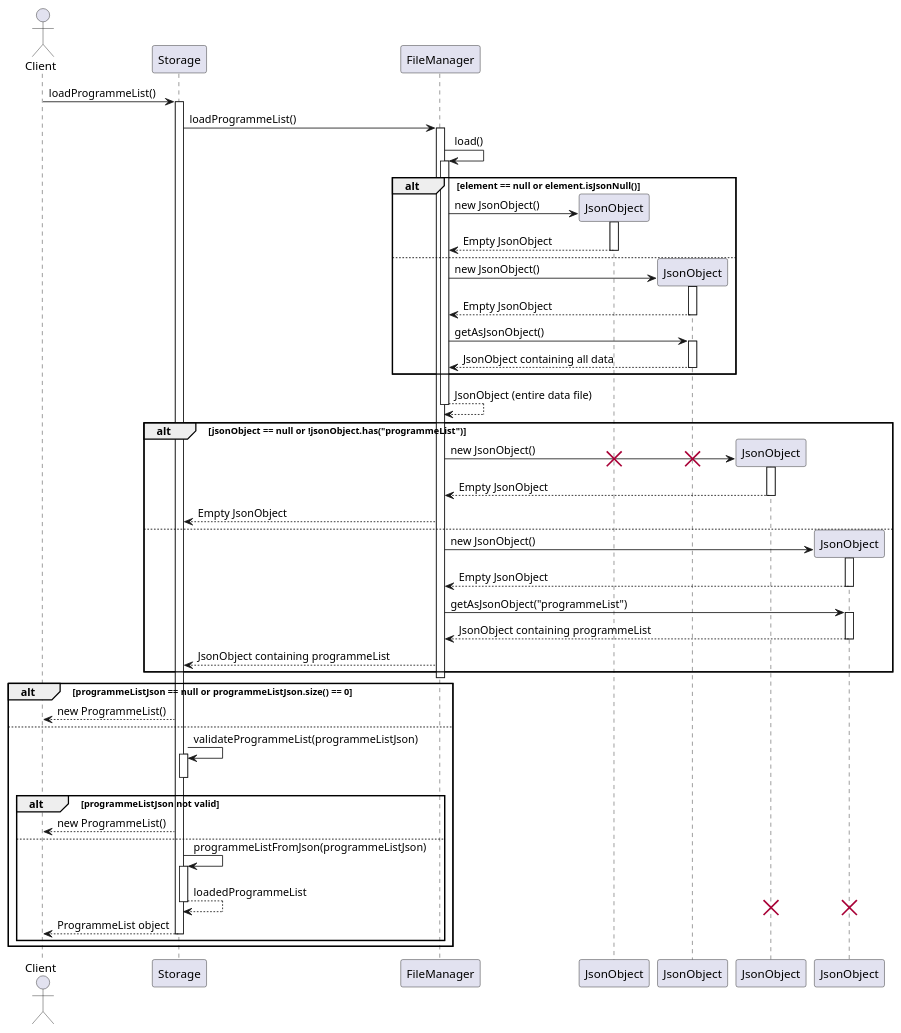
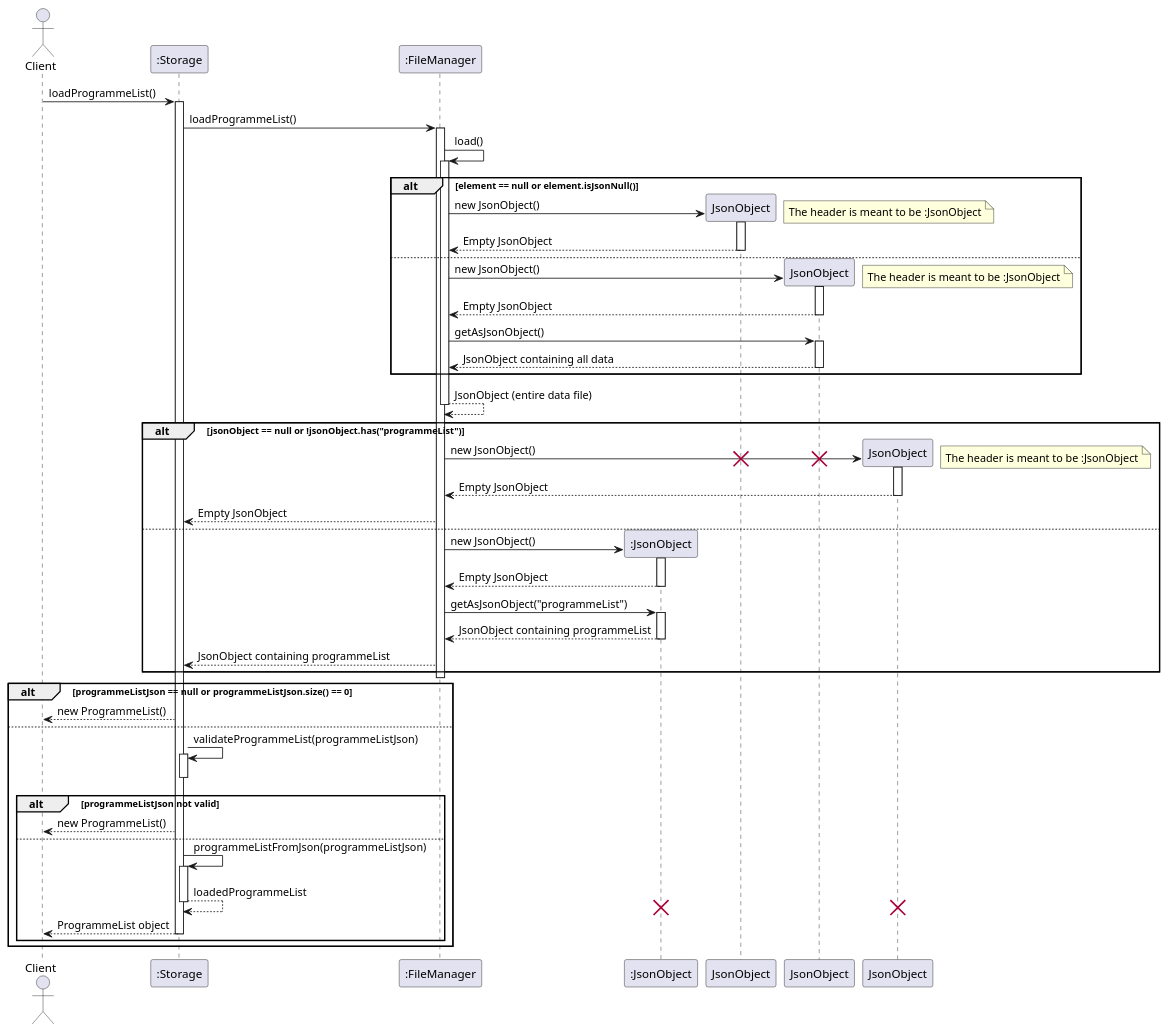
Before and after one commit to nus-cs2113-AY2425S1/tp: the diagram in docs/diagrams/loadProgrammeListSeqenceDiagram.puml, drawn with PlantUML. The commit also changed 8 other files, not shown here.

```diff
--- a/docs/diagrams/loadProgrammeListSeqenceDiagram.puml
+++ b/docs/diagrams/loadProgrammeListSeqenceDiagram.puml
@@ -1,80 +1,92 @@
 @startuml
 
 actor Client
+participant ":Storage" as Storage
+participant ":FileManager" as FileManager
+participant ":JsonObject" as JsonObject
 
 Client -> Storage : loadProgrammeList()
 activate Storage
 
 Storage -> FileManager : loadProgrammeList()
 activate FileManager
 
 FileManager -> FileManager : load()
 activate FileManager
 alt element == null or element.isJsonNull()
     create JsonObject as emptyJsonObject
     FileManager -> emptyJsonObject : new JsonObject()
     activate emptyJsonObject
+    note right
+    The header is meant to be :JsonObject
+    end note
     emptyJsonObject --> FileManager : Empty JsonObject
     deactivate emptyJsonObject
 else
     create JsonObject as allDataJsonObject
     FileManager -> allDataJsonObject : new JsonObject()
     activate allDataJsonObject
+    note right
+        The header is meant to be :JsonObject
+        end note
     allDataJsonObject --> FileManager : Empty JsonObject
     deactivate allDataJsonObject
     FileManager -> allDataJsonObject : getAsJsonObject()
     activate allDataJsonObject
     allDataJsonObject --> FileManager : JsonObject containing all data
     deactivate allDataJsonObject
 
 end
 
 FileManager --> FileManager : JsonObject (entire data file)
 deactivate FileManager
 
 alt jsonObject == null or !jsonObject.has("programmeList")
     create JsonObject as emptyProgrammeListJsonObject
     FileManager -> emptyProgrammeListJsonObject : new JsonObject()
+    note right
+        The header is meant to be :JsonObject
+        end note
     activate emptyProgrammeListJsonObject
     destroy allDataJsonObject
     destroy emptyJsonObject
     emptyProgrammeListJsonObject --> FileManager : Empty JsonObject
     deactivate emptyProgrammeListJsonObject
     FileManager --> Storage : Empty JsonObject
     deactivate JsonObject
 else
     create JsonObject
     FileManager -> JsonObject : new JsonObject()
     activate JsonObject
     JsonObject --> FileManager : Empty JsonObject
     deactivate JsonObject
     FileManager -> JsonObject : getAsJsonObject("programmeList")
     activate JsonObject
     JsonObject --> FileManager : JsonObject containing programmeList
     deactivate JsonObject
     FileManager --> Storage : JsonObject containing programmeList
 end
 deactivate FileManager
 
 alt programmeListJson == null or programmeListJson.size() == 0
     Storage --> Client : new ProgrammeList()
 else
     Storage -> Storage : validateProgrammeList(programmeListJson)
     activate Storage
     deactivate Storage
     alt programmeListJson not valid
     Storage --> Client : new ProgrammeList()
     else
     Storage -> Storage : programmeListFromJson(programmeListJson)
     activate Storage
     Storage --> Storage : loadedProgrammeList
     deactivate Storage
     destroy emptyProgrammeListJsonObject
     destroy JsonObject
     Storage --> Client : ProgrammeList object
     deactivate Storage
     end
 end
 deactivate Storage
 
 @enduml
```
